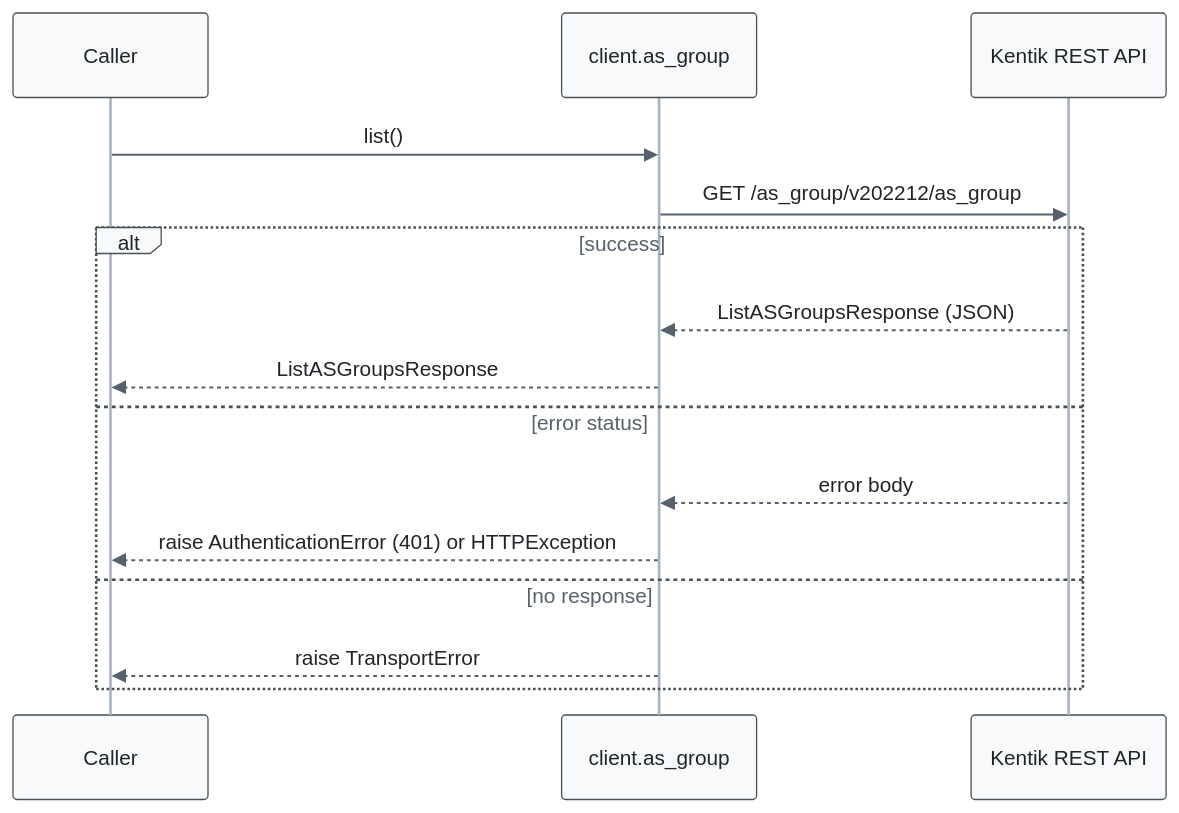
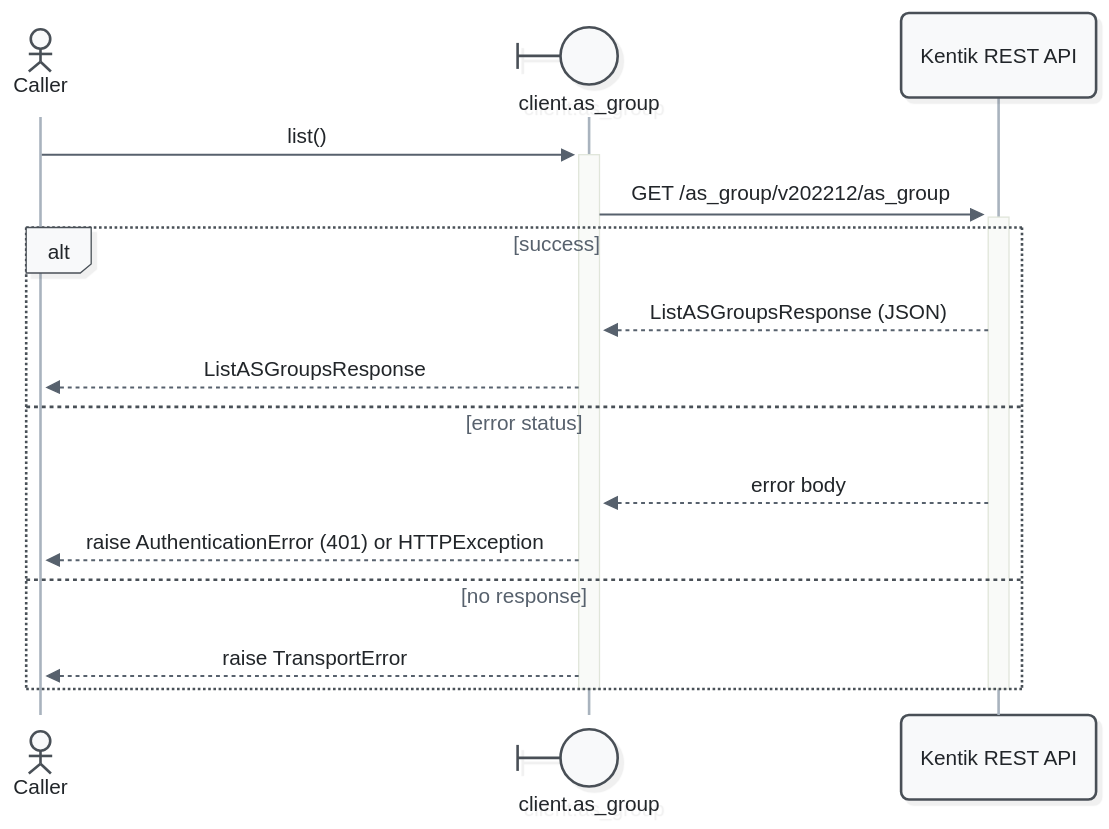
Before and after one commit to alexdearaujo/community_sdk_python: the first of 11 diagrams in docs/sphinx/services/as_group.md, drawn with Mermaid. The commit also changed other lines of this file and 52 other files, not shown here.

First line of the commit message:
docs: Mermaid 12 sequence diagrams with participant types and path colors

````diff
--- a/docs/sphinx/services/as_group.md
+++ b/docs/sphinx/services/as_group.md
@@ -33,19 +33,21 @@
 ```mermaid
-%%{init: {"theme": "base", "fontFamily": "ui-monospace, SFMono-Regular, Menlo, monospace", "themeVariables": {"fontFamily": "ui-monospace, SFMono-Regular, Menlo, monospace", "primaryColor": "#f8f9fa", "primaryBorderColor": "#495057", "primaryTextColor": "#212529", "textColor": "#212529", "lineColor": "#77818c", "edgeLabelBackground": "#ffffff", "actorBkg": "#f8f9fa", "actorBorder": "#495057", "actorTextColor": "#212529", "actorLineColor": "#a9b3be", "signalColor": "#57616d", "signalTextColor": "#212529", "labelBoxBkgColor": "#f8f9fa", "labelBoxBorderColor": "#495057", "labelTextColor": "#212529", "loopTextColor": "#57616d", "noteBkgColor": "#fff9db", "noteBorderColor": "#f08c00", "noteTextColor": "#a35a00"}, "flowchart": {"curve": "step", "nodeSpacing": 30, "rankSpacing": 70, "wrappingWidth": 400}}}%%
+%%{init: {"theme": "redux", "look": "neo", "layout": "dagre", "fontFamily": "ui-monospace, SFMono-Regular, Menlo, monospace", "themeVariables": {"fontFamily": "ui-monospace, SFMono-Regular, Menlo, monospace", "primaryColor": "#f8f9fa", "primaryBorderColor": "#495057", "primaryTextColor": "#212529", "textColor": "#212529", "lineColor": "#77818c", "edgeLabelBackground": "#ffffff", "actorBkg": "#f8f9fa", "actorBorder": "#495057", "actorTextColor": "#212529", "actorLineColor": "#a9b3be", "signalColor": "#57616d", "signalTextColor": "#212529", "labelBoxBkgColor": "#f8f9fa", "labelBoxBorderColor": "#495057", "labelTextColor": "#212529", "loopTextColor": "#57616d", "noteBkgColor": "#fff9db", "noteBorderColor": "#f08c00", "noteTextColor": "#a35a00"}, "sequence": {"activationWidth": 16}, "flowchart": {"curve": "step", "nodeSpacing": 30, "rankSpacing": 70, "wrappingWidth": 400}}}%%
 sequenceDiagram
-    participant C as Caller
-    participant W as client.as_group
+    actor C as Caller
+    participant W@{ "type": "boundary" } as client.as_group
     participant API as Kentik REST API
 
-    C->>W: list()
-    W->>API: GET /as_group/v202212/as_group
+    C->>+W: list()
+    W->>+API: GET /as_group/v202212/as_group
     alt success
         API-->>W: ListASGroupsResponse (JSON)
         W-->>C: ListASGroupsResponse
     else error status
         API-->>W: error body
         W-->>C: raise AuthenticationError (401) or HTTPException
     else no response
         W-->>C: raise TransportError
     end
+    deactivate API
+    deactivate W
 ```
````
